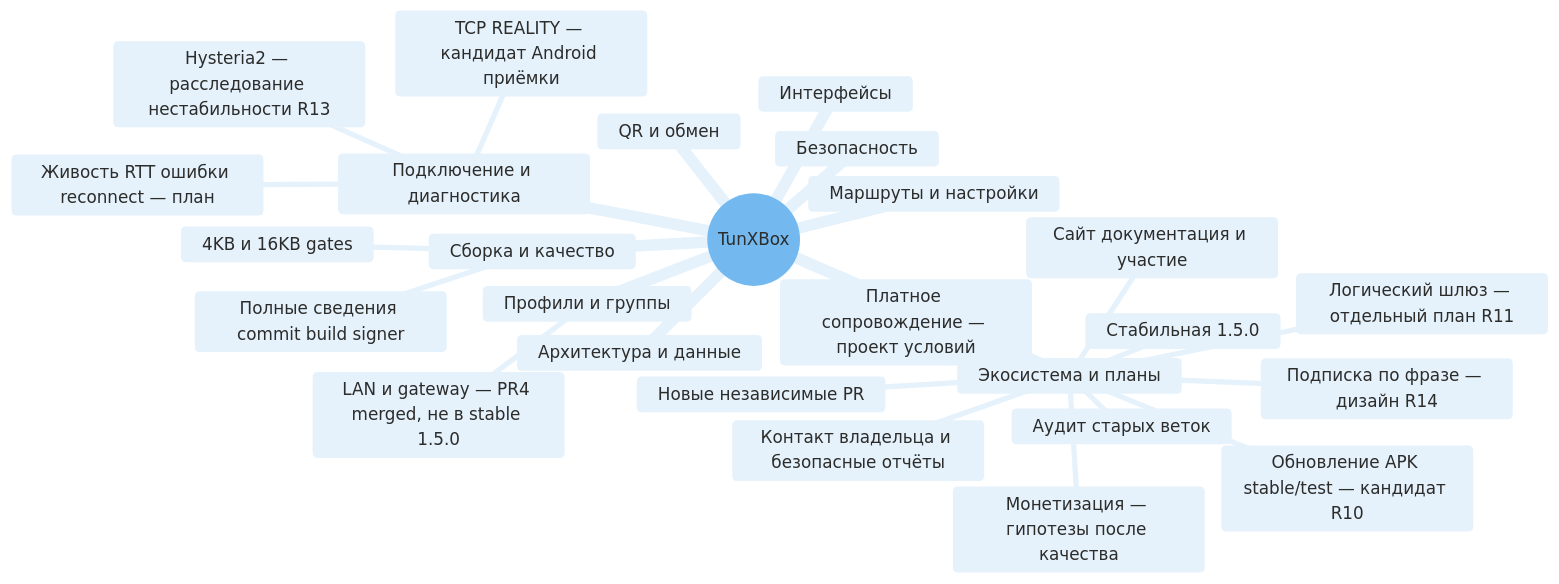
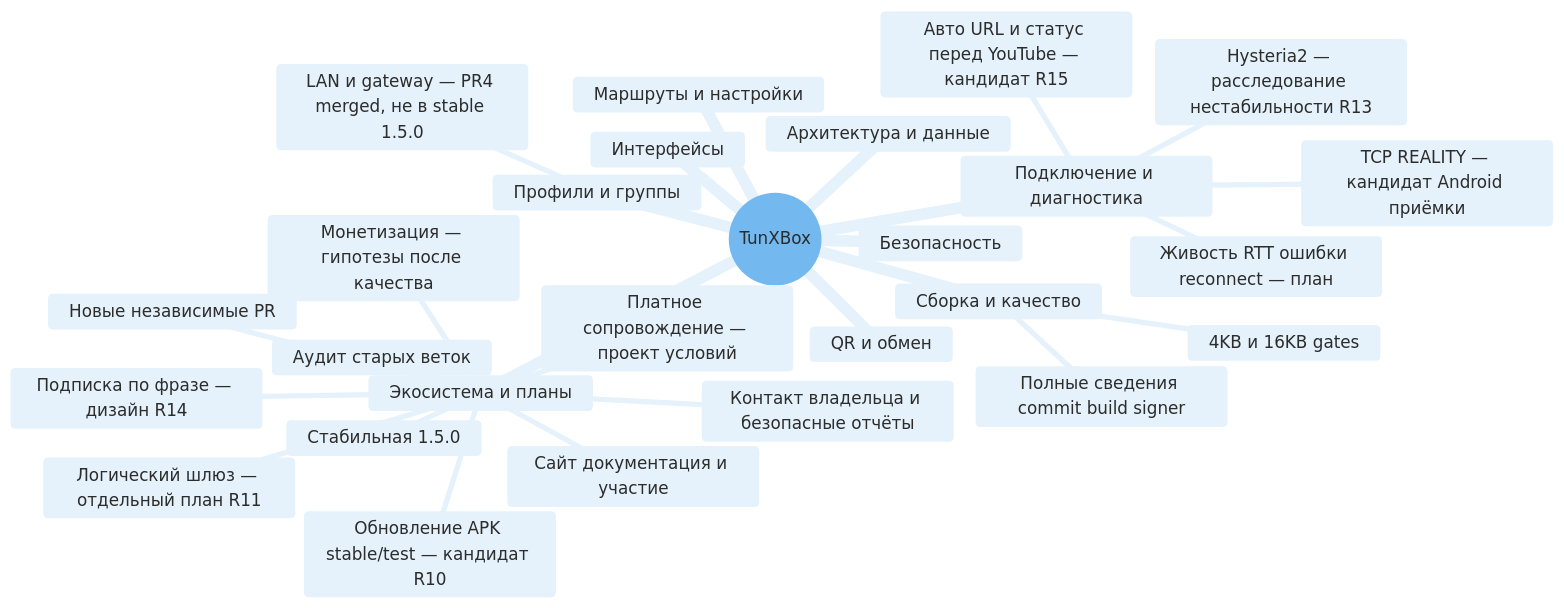
Before and after one commit to LeonidYasin/TunXBox: the diagram in docs/project-map.md, drawn with Mermaid. The commit also changed other lines of this file and 44 other files, not shown here.

Commit message:
feat(tv): automatic tunnel check, source-linked navigation graph and updater feedback

````diff
--- a/docs/project-map.md
+++ b/docs/project-map.md
@@ -9,30 +9,31 @@
 ```mermaid
 %%{init: {"theme": "base", "themeVariables": {"primaryColor": "#E5F2FC", "primaryTextColor": "#2C2C2B", "primaryBorderColor": "#2783DE", "lineColor": "#7D7A75", "secondaryColor": "#E8F1EC", "tertiaryColor": "#F9F8F7", "fontFamily": "Arial", "cScale0": "#E5F2FC", "cScaleLabel0": "#2C2C2B", "cScale1": "#E5F2FC", "cScaleLabel1": "#2C2C2B", "cScale2": "#E5F2FC", "cScaleLabel2": "#2C2C2B", "cScale3": "#E5F2FC", "cScaleLabel3": "#2C2C2B", "cScale4": "#E5F2FC", "cScaleLabel4": "#2C2C2B", "cScale5": "#E5F2FC", "cScaleLabel5": "#2C2C2B", "cScale6": "#E5F2FC", "cScaleLabel6": "#2C2C2B", "cScale7": "#E5F2FC", "cScaleLabel7": "#2C2C2B", "cScale8": "#E5F2FC", "cScaleLabel8": "#2C2C2B", "cScale9": "#E5F2FC", "cScaleLabel9": "#2C2C2B", "cScale10": "#E5F2FC", "cScaleLabel10": "#2C2C2B", "cScale11": "#E5F2FC", "cScaleLabel11": "#2C2C2B"}}}%%
 mindmap
   root((TunXBox))
     Интерфейсы
     Профили и группы
       LAN и gateway — PR4 merged, не в stable 1.5.0
     Подключение и диагностика
       TCP REALITY — кандидат Android приёмки
       Hysteria2 — расследование нестабильности R13
+      Авто URL и статус перед YouTube — кандидат R15
       Живость RTT ошибки reconnect — план
     Маршруты и настройки
     QR и обмен
     Архитектура и данные
     Сборка и качество
       Полные сведения commit build signer
       4KB и 16KB gates
     Безопасность
     Экосистема и планы
       Стабильная 1.5.0
       Аудит старых веток
       Новые независимые PR
       Обновление APK stable/test — кандидат R10
       Сайт документация и участие
       Контакт владельца и безопасные отчёты
       Платное сопровождение — проект условий
       Монетизация — гипотезы после качества
       Логический шлюз — отдельный план R11
       Подписка по фразе — дизайн R14
 ```
````
